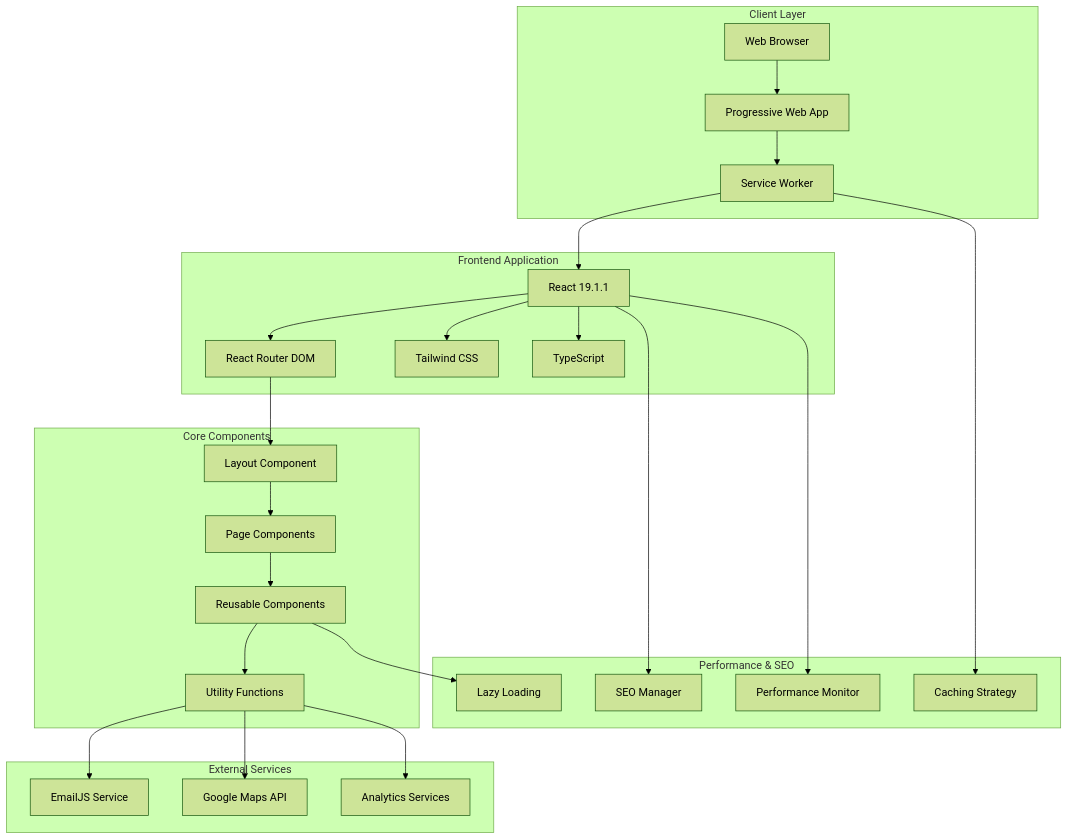
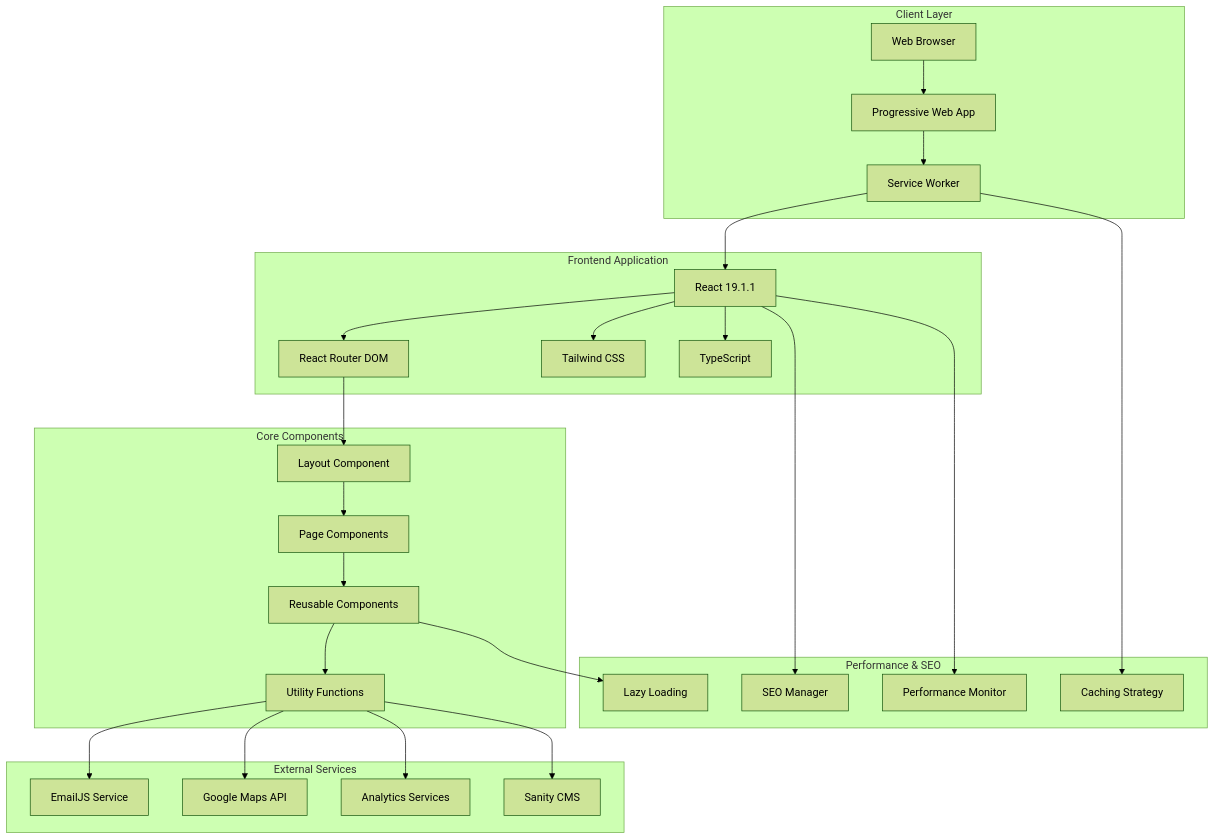
One commit to Rudra00codes/Hotel changed the first of 7 diagrams in deewan-residency/ARCHITECTURE.md. Above: the diagram before and after it, drawn with Mermaid (forest theme). The commit also changed other lines of this file and 8 other files, not shown here.

````diff
--- a/deewan-residency/ARCHITECTURE.md
+++ b/deewan-residency/ARCHITECTURE.md
@@ -7,56 +7,58 @@
 ```mermaid
 graph TB
     subgraph "Client Layer"
         Browser[Web Browser]
         PWA[Progressive Web App]
         SW[Service Worker]
     end
 
     subgraph "Frontend Application"
         React[React 19.1.1]
         Router[React Router DOM]
         TailwindCSS[Tailwind CSS]
         TypeScript[TypeScript]
     end
 
     subgraph "Core Components"
         Layout[Layout Component]
         Pages[Page Components]
         Components[Reusable Components]
         Utils[Utility Functions]
     end
 
     subgraph "External Services"
         EmailJS[EmailJS Service]
         GoogleMaps[Google Maps API]
         Analytics[Analytics Services]
+        Sanity[Sanity CMS]
     end
 
     subgraph "Performance & SEO"
         SEO[SEO Manager]
         Performance[Performance Monitor]
         LazyLoading[Lazy Loading]
         Caching[Caching Strategy]
     end
 
     Browser --> PWA
     PWA --> SW
     SW --> React
     React --> Router
     React --> TailwindCSS
     React --> TypeScript
     
     Router --> Layout
     Layout --> Pages
     Pages --> Components
     Components --> Utils
     
     Utils --> EmailJS
     Utils --> GoogleMaps
     Utils --> Analytics
+    Utils --> Sanity
     
     React --> SEO
     React --> Performance
     Components --> LazyLoading
     SW --> Caching
 ```
````
